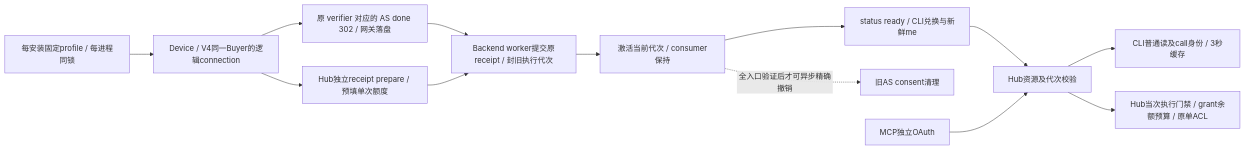
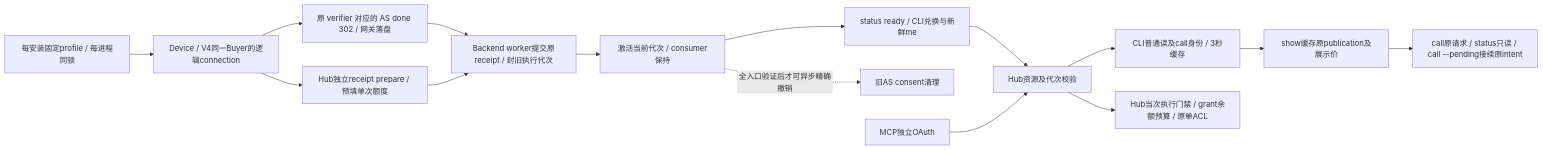
The second of 2 diagrams in docs/ARCHITECTURE.md (itpay-ai/cli), drawn with Mermaid before and after one commit. The commit also changed other lines of this file and 30 other files, not shown here.

````diff
--- a/docs/ARCHITECTURE.md
+++ b/docs/ARCHITECTURE.md
@@ -51,15 +51,17 @@
 ```mermaid
 flowchart LR
  P[每安装固定profile / 每进程同锁] --> O[Device / V4同一Buyer的逻辑connection]
  O --> A[原 verifier 对应的 AS done 302 / 网关落盘]
  O --> G[Hub独立receipt prepare / 预填单次额度]
  A --> J[Backend worker提交原receipt / 封旧执行代次]
  G --> J
  J --> C[激活当前代次 / consumer保持]
  C --> T[status ready / CLI兑换与新鲜me]
  C -.全入口验证后才可异步精确撤销.-> X[旧AS consent清理]
  T --> H[Hub资源及代次校验]
  H --> R[CLI普通读及call身份 / 3秒缓存]
+ R --> S[show缓存原publication及展示价]
+ S --> K[call原请求 / status只读 / call --pending接续原intent]
  H --> W[Hub当次执行门禁 / grant余额预算 / 原单ACL]
  M[MCP独立OAuth] --> H
 ```
````
